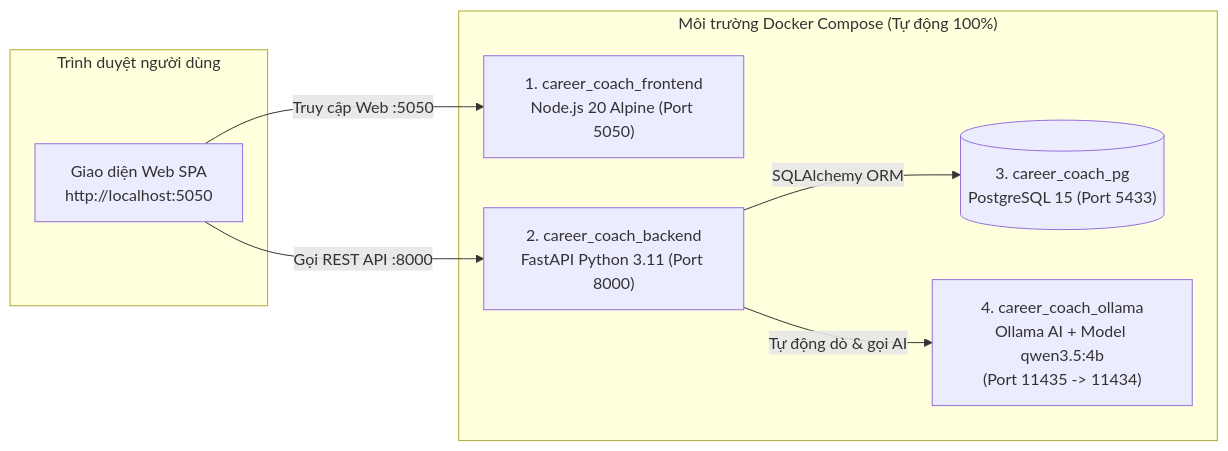
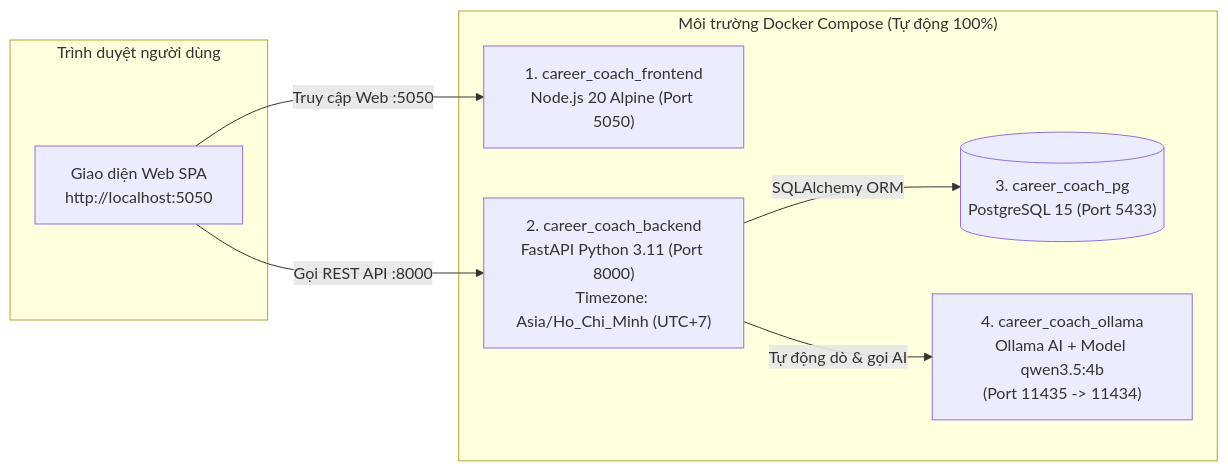
Before and after one commit to 1305Thach2006/ccccc: the diagram in README.md, drawn with Mermaid. The commit also changed other lines of this file and 6 other files, not shown here.

````diff
--- a/README.md
+++ b/README.md
@@ -33,18 +33,18 @@
 ```mermaid
 flowchart LR
     subgraph Client["Trình duyệt người dùng"]
         UI["Giao diện Web SPA\nhttp://localhost:5050"]
     end
 
     subgraph Docker["Môi trường Docker Compose (Tự động 100%)"]
         FE["1. career_coach_frontend\nNode.js 20 Alpine (Port 5050)"]
-        BE["2. career_coach_backend\nFastAPI Python 3.11 (Port 8000)"]
+        BE["2. career_coach_backend\nFastAPI Python 3.11 (Port 8000)\nTimezone: Asia/Ho_Chi_Minh (UTC+7)"]
         DB[("3. career_coach_pg\nPostgreSQL 15 (Port 5433)")]
         AI["4. career_coach_ollama\nOllama AI + Model qwen3.5:4b\n(Port 11435 -> 11434)"]
     end
 
     UI -->|Truy cập Web :5050| FE
     UI -->|Gọi REST API :8000| BE
     BE -->|SQLAlchemy ORM| DB
     BE -->|Tự động dò & gọi AI| AI
 ```
````
